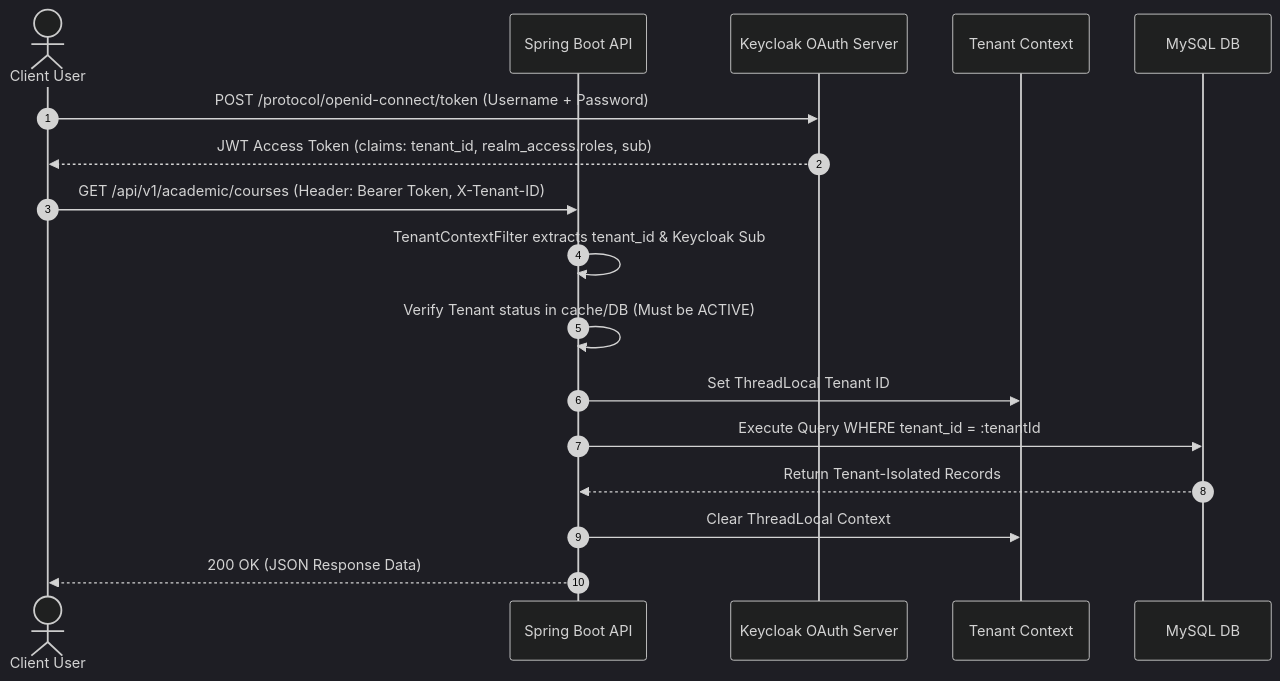
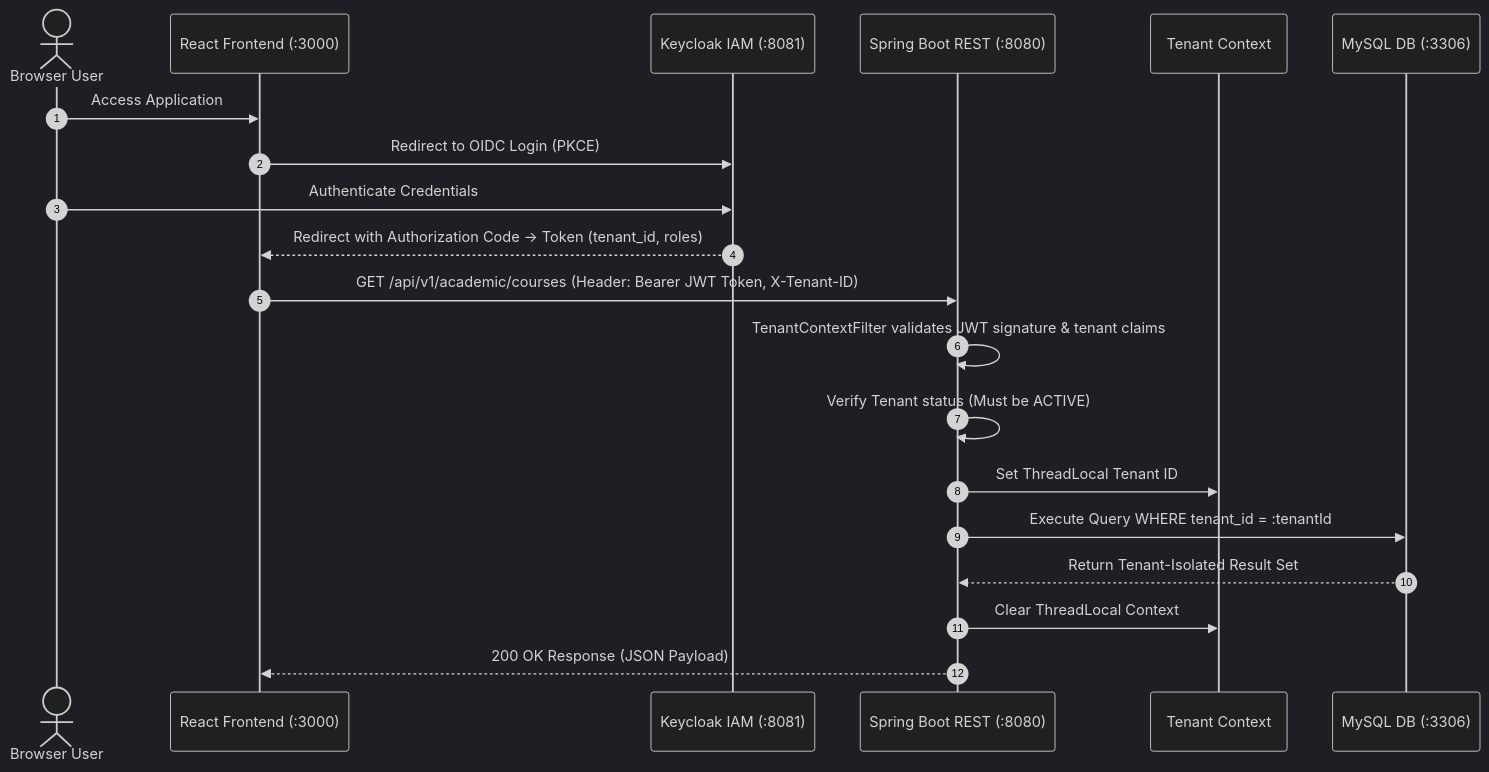
Before and after one commit to VedantPanchal23/ctri-dg_college-ERP: the third of 3 diagrams in README.md, drawn with Mermaid (dark theme). The commit also changed other lines of this file, not shown here.

Commit message:
docs: update README with full-stack React SPA architecture, notifications, user provisioning, and documentation hub

````diff
--- a/README.md
+++ b/README.md
@@ -110,20 +123,23 @@
 ```mermaid
 sequenceDiagram
     autonumber
-    actor User as Client User
-    participant App as Spring Boot API
-    participant KC as Keycloak OAuth Server
+    actor User as Browser User
+    participant SPA as React Frontend (:3000)
+    participant KC as Keycloak IAM (:8081)
+    participant App as Spring Boot REST (:8080)
     participant Context as Tenant Context
-    participant DB as MySQL DB
+    participant DB as MySQL DB (:3306)
 
-    User->>KC: POST /protocol/openid-connect/token (Username + Password)
-    KC-->>User: JWT Access Token (claims: tenant_id, realm_access.roles, sub)
-    User->>App: GET /api/v1/academic/courses (Header: Bearer Token, X-Tenant-ID)
-    App->>App: TenantContextFilter extracts tenant_id & Keycloak Sub
-    App->>App: Verify Tenant status in cache/DB (Must be ACTIVE)
+    User->>SPA: Access Application
+    SPA->>KC: Redirect to OIDC Login (PKCE)
+    User->>KC: Authenticate Credentials
+    KC-->>SPA: Redirect with Authorization Code -> Token (tenant_id, roles)
+    SPA->>App: GET /api/v1/academic/courses (Header: Bearer JWT Token, X-Tenant-ID)
+    App->>App: TenantContextFilter validates JWT signature & tenant claims
+    App->>App: Verify Tenant status (Must be ACTIVE)
     App->>Context: Set ThreadLocal Tenant ID
     App->>DB: Execute Query WHERE tenant_id = :tenantId
-    DB-->>App: Return Tenant-Isolated Records
+    DB-->>App: Return Tenant-Isolated Result Set
     App->>Context: Clear ThreadLocal Context
-    App-->>User: 200 OK (JSON Response Data)
+    App-->>SPA: 200 OK Response (JSON Payload)
 ```
````
